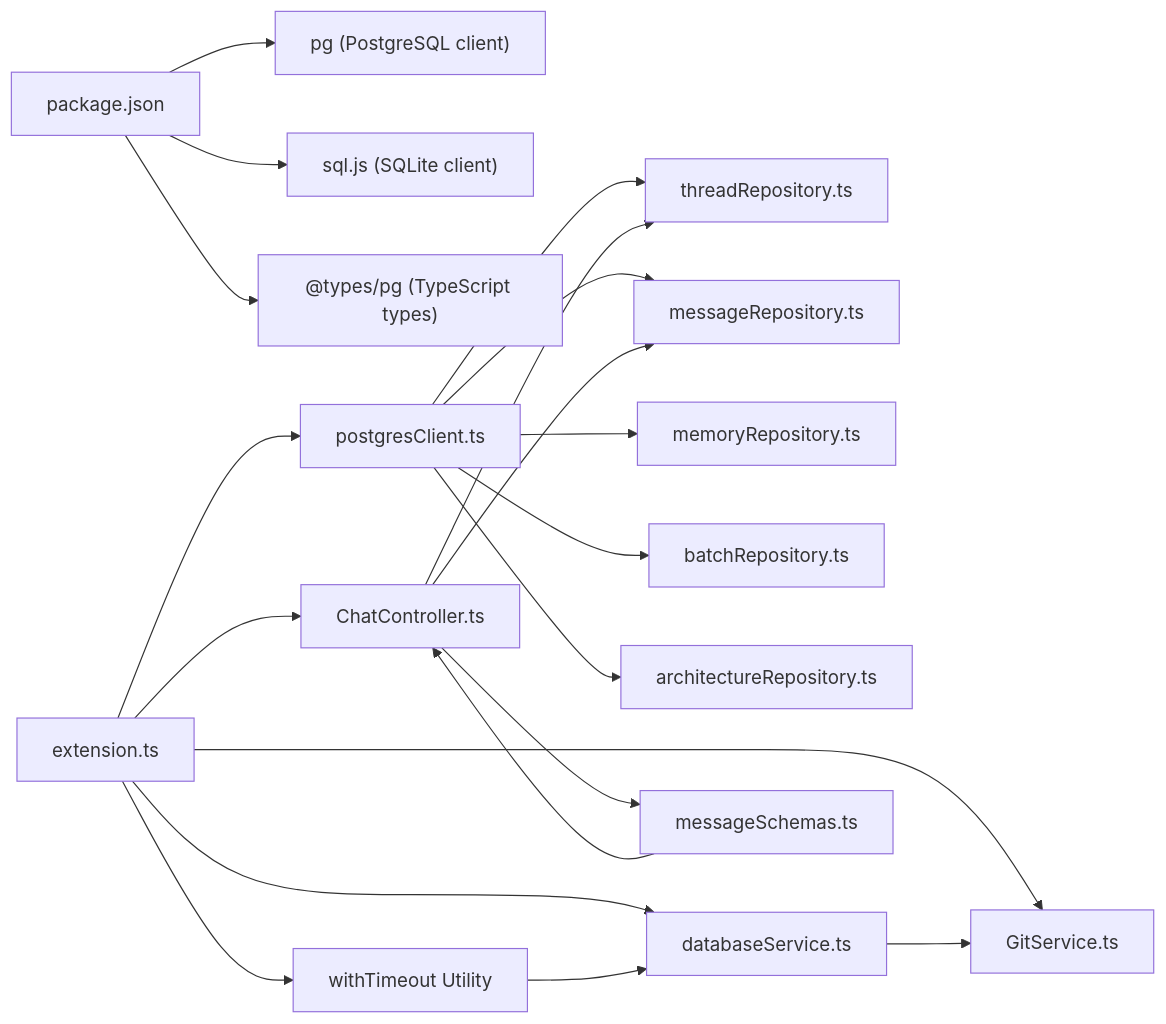
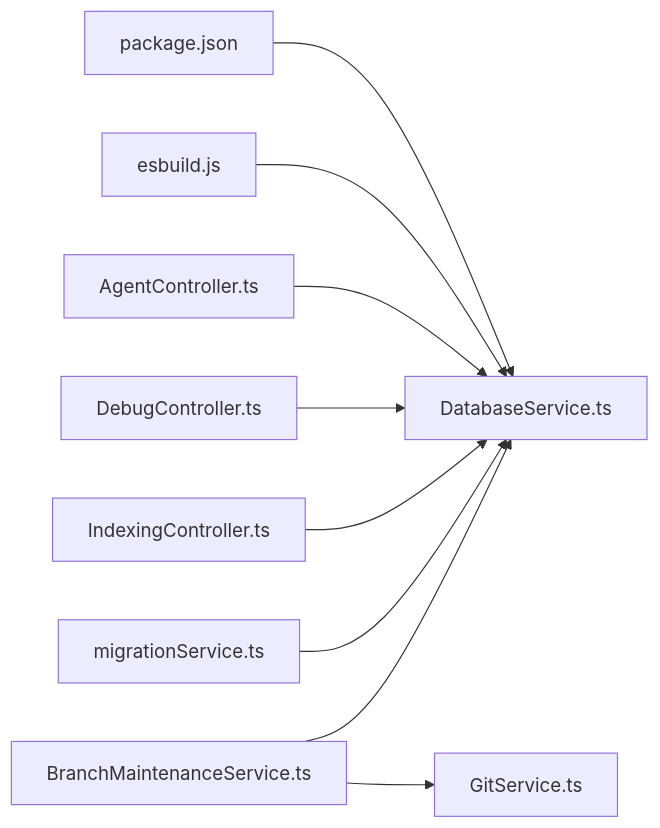
Before and after one commit to bramburn/repomix-runner: the fourth of 4 diagrams in .qoder/repowiki/en/content/Storage System/Database Service.md, drawn with Mermaid. The commit also changed other lines of this file and 41 other files, not shown here.

````diff
--- a/.qoder/repowiki/en/content/Storage System/Database Service.md
+++ b/.qoder/repowiki/en/content/Storage System/Database Service.md
@@ -752,38 +385,20 @@
 ```mermaid
 graph LR
 PKG["package.json"]
-PG["pg (PostgreSQL client)"]
-SQLJS["sql.js (SQLite client)"]
-TYPES["@types/pg (TypeScript types)"]
-EXT["extension.ts"]
-PGC["postgresClient.ts"]
-TR["threadRepository.ts"]
-MR["messageRepository.ts"]
-MEMR["memoryRepository.ts"]
-BR["batchRepository.ts"]
-AR["architectureRepository.ts"]
-DBS["databaseService.ts"]
+ES["esbuild.js"]
+DB["DatabaseService.ts"]
+AC["AgentController.ts"]
+DC["DebugController.ts"]
+IC["IndexingController.ts"]
+MS["migrationService.ts"]
+BMS["BranchMaintenanceService.ts"]
 GS["GitService.ts"]
-CC["ChatController.ts"]
-MS["messageSchemas.ts"]
-WT["withTimeout Utility"]
-PKG --> PG
-PKG --> SQLJS
-PKG --> TYPES
-EXT --> PGC
-EXT --> DBS
-EXT --> GS
-EXT --> CC
-EXT --> WT
-PGC --> TR
-PGC --> MR
-PGC --> MEMR
-PGC --> BR
-PGC --> AR
-DBS --> GS
-CC --> TR
-CC --> MR
-CC --> MS
-MS --> CC
-WT --> DBS
+PKG --> DB
+ES --> DB
+AC --> DB
+DC --> DB
+IC --> DB
+MS --> DB
+BMS --> DB
+BMS --> GS
 ```
````
